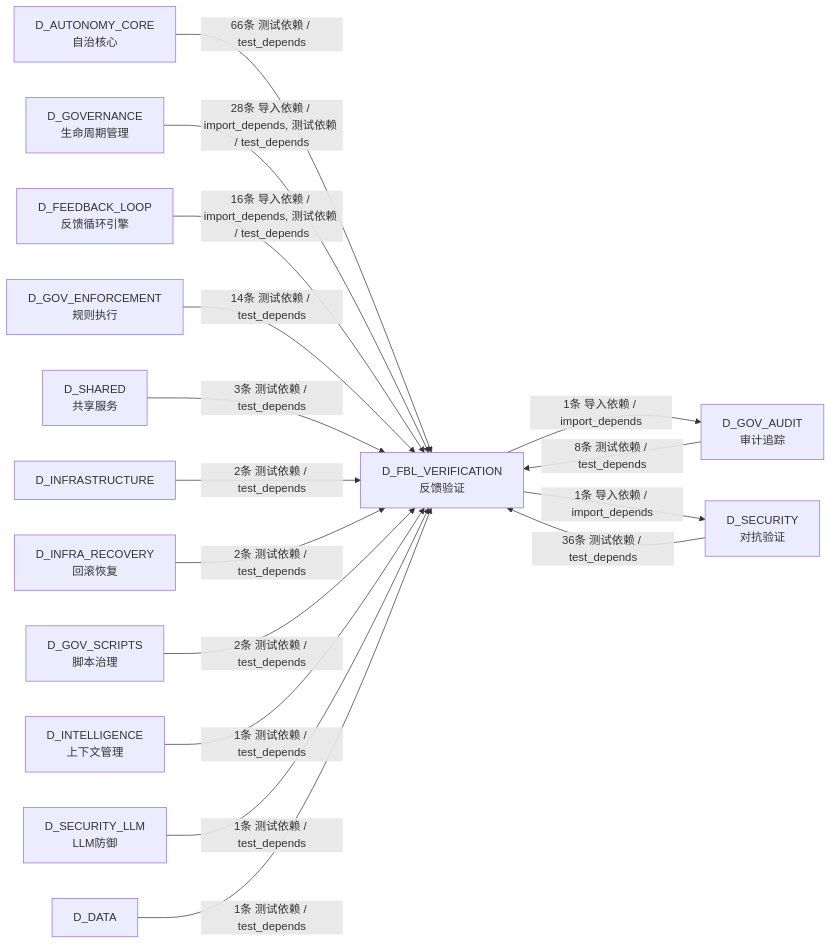
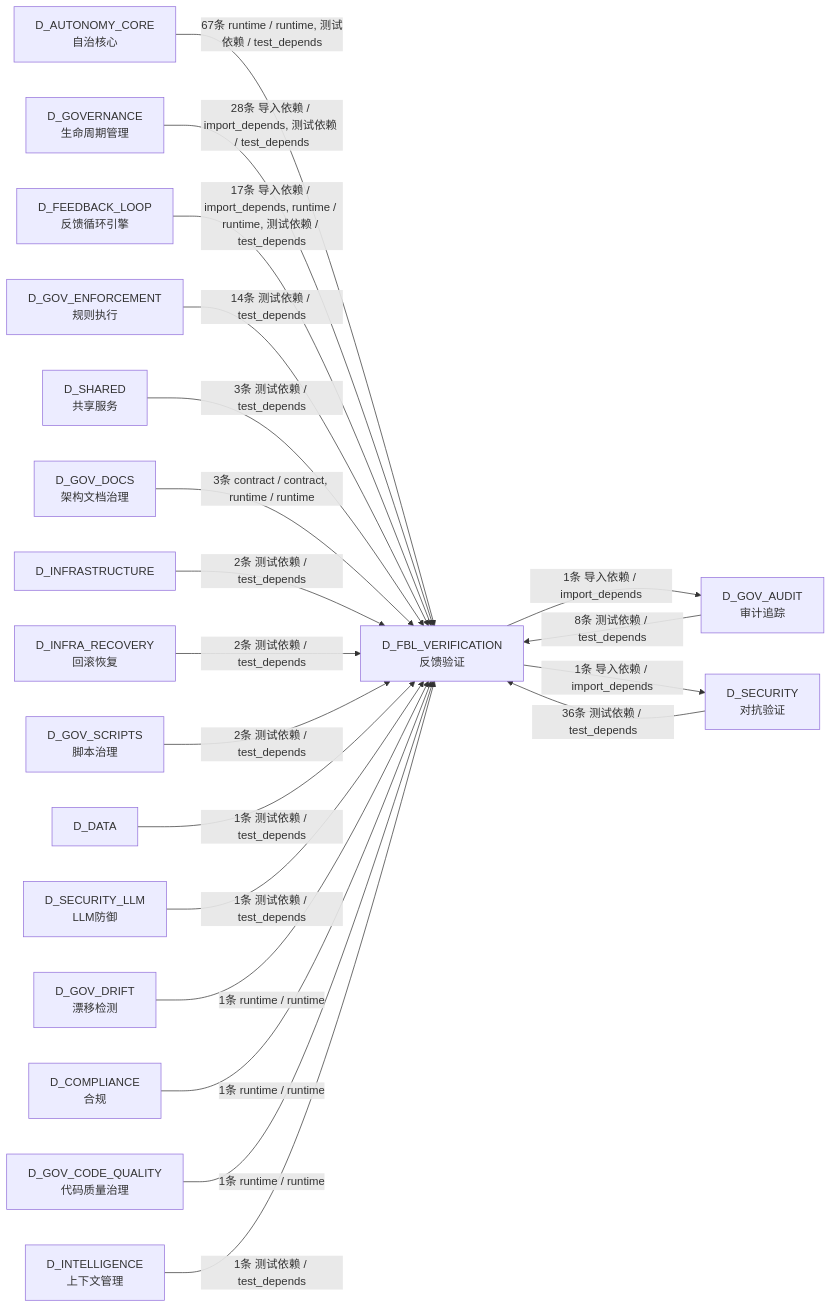
One commit to xuanFelixVan/ZephyrAlpha changed the fifth of 5 diagrams in docs/02_enterprise_architecture/02_domain_architecture_docs/11_d_fbl_verification.md. Above: the diagram before and after it, drawn with Mermaid. The commit also changed other lines of this file and 111 other files, not shown here.

````diff
--- a/docs/02_enterprise_architecture/02_domain_architecture_docs/11_d_fbl_verification.md
+++ b/docs/02_enterprise_architecture/02_domain_architecture_docs/11_d_fbl_verification.md
@@ -490,32 +514,40 @@
 ```mermaid
 graph LR
     D_FBL_VERIFICATION["D_FBL_VERIFICATION<br/>反馈验证"]
     D_GOV_AUDIT["D_GOV_AUDIT<br/>审计追踪"]
     D_SECURITY["D_SECURITY<br/>对抗验证"]
     D_AUTONOMY_CORE["D_AUTONOMY_CORE<br/>自治核心"]
     D_GOVERNANCE["D_GOVERNANCE<br/>生命周期管理"]
     D_FEEDBACK_LOOP["D_FEEDBACK_LOOP<br/>反馈循环引擎"]
     D_GOV_ENFORCEMENT["D_GOV_ENFORCEMENT<br/>规则执行"]
     D_SHARED["D_SHARED<br/>共享服务"]
+    D_GOV_DOCS["D_GOV_DOCS<br/>架构文档治理"]
     D_INFRASTRUCTURE["D_INFRASTRUCTURE"]
     D_INFRA_RECOVERY["D_INFRA_RECOVERY<br/>回滚恢复"]
     D_GOV_SCRIPTS["D_GOV_SCRIPTS<br/>脚本治理"]
+    D_DATA["D_DATA"]
+    D_SECURITY_LLM["D_SECURITY_LLM<br/>LLM防御"]
+    D_GOV_DRIFT["D_GOV_DRIFT<br/>漂移检测"]
+    D_COMPLIANCE["D_COMPLIANCE<br/>合规"]
+    D_GOV_CODE_QUALITY["D_GOV_CODE_QUALITY<br/>代码质量治理"]
     D_INTELLIGENCE["D_INTELLIGENCE<br/>上下文管理"]
-    D_SECURITY_LLM["D_SECURITY_LLM<br/>LLM防御"]
-    D_DATA["D_DATA"]
     D_FBL_VERIFICATION -->|1条 导入依赖 / import_depends| D_GOV_AUDIT
     D_FBL_VERIFICATION -->|1条 导入依赖 / import_depends| D_SECURITY
-    D_AUTONOMY_CORE -->|66条 测试依赖 / test_depends| D_FBL_VERIFICATION
+    D_AUTONOMY_CORE -->|67条 runtime / runtime, 测试依赖 / test_depends| D_FBL_VERIFICATION
     D_SECURITY -->|36条 测试依赖 / test_depends| D_FBL_VERIFICATION
     D_GOVERNANCE -->|28条 导入依赖 / import_depends, 测试依赖 / test_depends| D_FBL_VERIFICATION
-    D_FEEDBACK_LOOP -->|16条 导入依赖 / import_depends, 测试依赖 / test_depends| D_FBL_VERIFICATION
+    D_FEEDBACK_LOOP -->|17条 导入依赖 / import_depends, runtime / runtime, 测试依赖 / test_depends| D_FBL_VERIFICATION
     D_GOV_ENFORCEMENT -->|14条 测试依赖 / test_depends| D_FBL_VERIFICATION
     D_GOV_AUDIT -->|8条 测试依赖 / test_depends| D_FBL_VERIFICATION
     D_SHARED -->|3条 测试依赖 / test_depends| D_FBL_VERIFICATION
+    D_GOV_DOCS -->|3条 contract / contract, runtime / runtime| D_FBL_VERIFICATION
     D_INFRASTRUCTURE -->|2条 测试依赖 / test_depends| D_FBL_VERIFICATION
     D_INFRA_RECOVERY -->|2条 测试依赖 / test_depends| D_FBL_VERIFICATION
     D_GOV_SCRIPTS -->|2条 测试依赖 / test_depends| D_FBL_VERIFICATION
+    D_DATA -->|1条 测试依赖 / test_depends| D_FBL_VERIFICATION
+    D_SECURITY_LLM -->|1条 测试依赖 / test_depends| D_FBL_VERIFICATION
+    D_GOV_DRIFT -->|1条 runtime / runtime| D_FBL_VERIFICATION
+    D_COMPLIANCE -->|1条 runtime / runtime| D_FBL_VERIFICATION
+    D_GOV_CODE_QUALITY -->|1条 runtime / runtime| D_FBL_VERIFICATION
     D_INTELLIGENCE -->|1条 测试依赖 / test_depends| D_FBL_VERIFICATION
-    D_SECURITY_LLM -->|1条 测试依赖 / test_depends| D_FBL_VERIFICATION
-    D_DATA -->|1条 测试依赖 / test_depends| D_FBL_VERIFICATION
 ```
````
